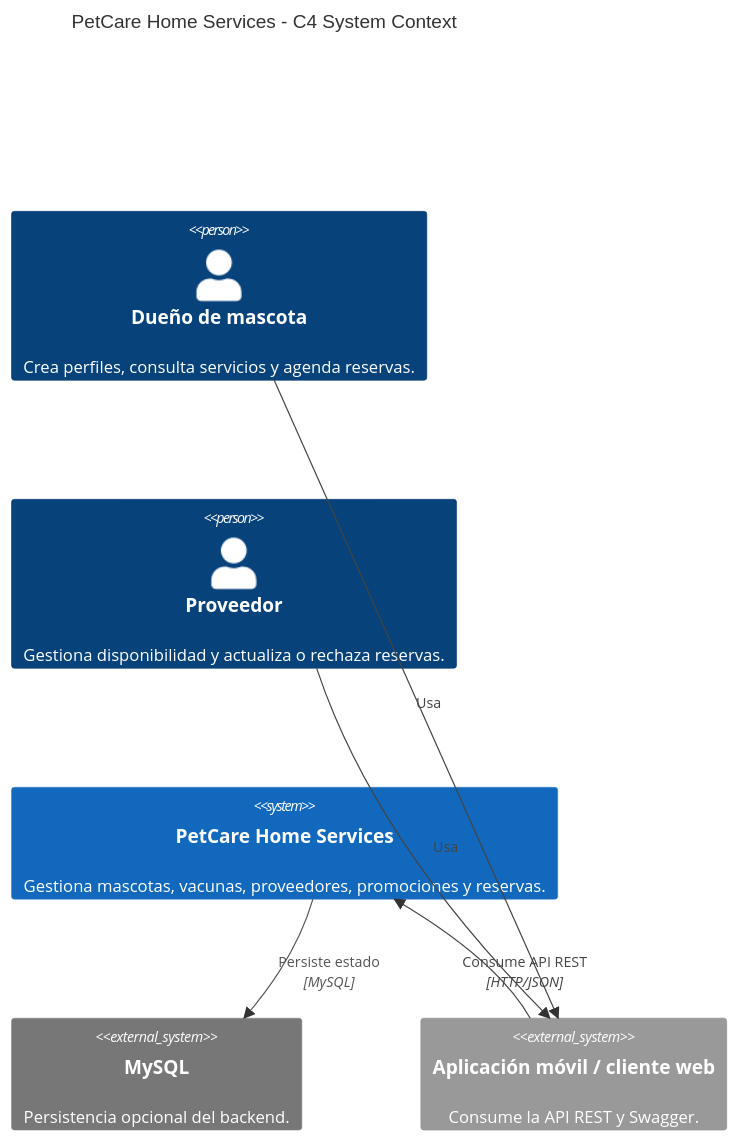
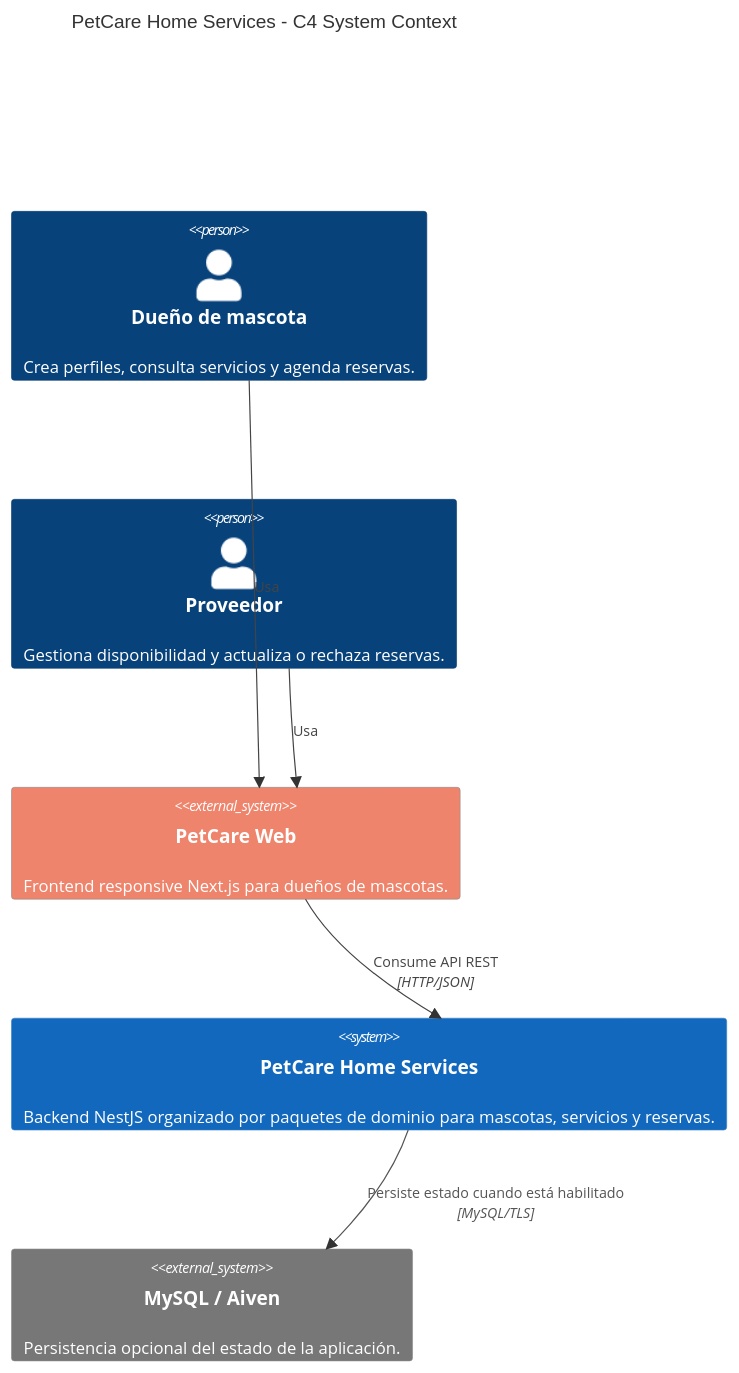
The diagram in Diagrams/01-system-context.mmd (guissLib/petcare-backend), drawn with Mermaid before and after one commit. The commit also changed 26 other files, not shown here.

```diff
--- a/Diagrams/01-system-context.mmd
+++ b/Diagrams/01-system-context.mmd
@@ -1,17 +1,18 @@
 C4Context
 title PetCare Home Services - C4 System Context
 
 Person(owner, "Dueño de mascota", "Crea perfiles, consulta servicios y agenda reservas.")
 Person(provider, "Proveedor", "Gestiona disponibilidad y actualiza o rechaza reservas.")
-System(petcare, "PetCare Home Services", "Gestiona mascotas, vacunas, proveedores, promociones y reservas.")
-System_Ext(mysql, "MySQL", "Persistencia opcional del backend.")
-System_Ext(client, "Aplicación móvil / cliente web", "Consume la API REST y Swagger.")
+System_Ext(web, "PetCare Web", "Frontend responsive Next.js para dueños de mascotas.")
+System(petcare, "PetCare Home Services", "Backend NestJS organizado por paquetes de dominio para mascotas, servicios y reservas.")
+System_Ext(mysql, "MySQL / Aiven", "Persistencia opcional del estado de la aplicación.")
 
-Rel(owner, client, "Usa")
-Rel(provider, client, "Usa")
-Rel(client, petcare, "Consume API REST", "HTTP/JSON")
-Rel(petcare, mysql, "Persiste estado", "MySQL")
+Rel(owner, web, "Usa")
+Rel(provider, web, "Usa")
+Rel(web, petcare, "Consume API REST", "HTTP/JSON")
+Rel(petcare, mysql, "Persiste estado cuando está habilitado", "MySQL/TLS")
 
+UpdateElementStyle(web, $bgColor="#ef846c", $fontColor="white")
 UpdateElementStyle(petcare, $bgColor="#1168bd", $fontColor="white")
 UpdateElementStyle(mysql, $bgColor="#777777", $fontColor="white")
 UpdateRelStyle(petcare, mysql, $textColor="#555555", $lineColor="#555555")
```
